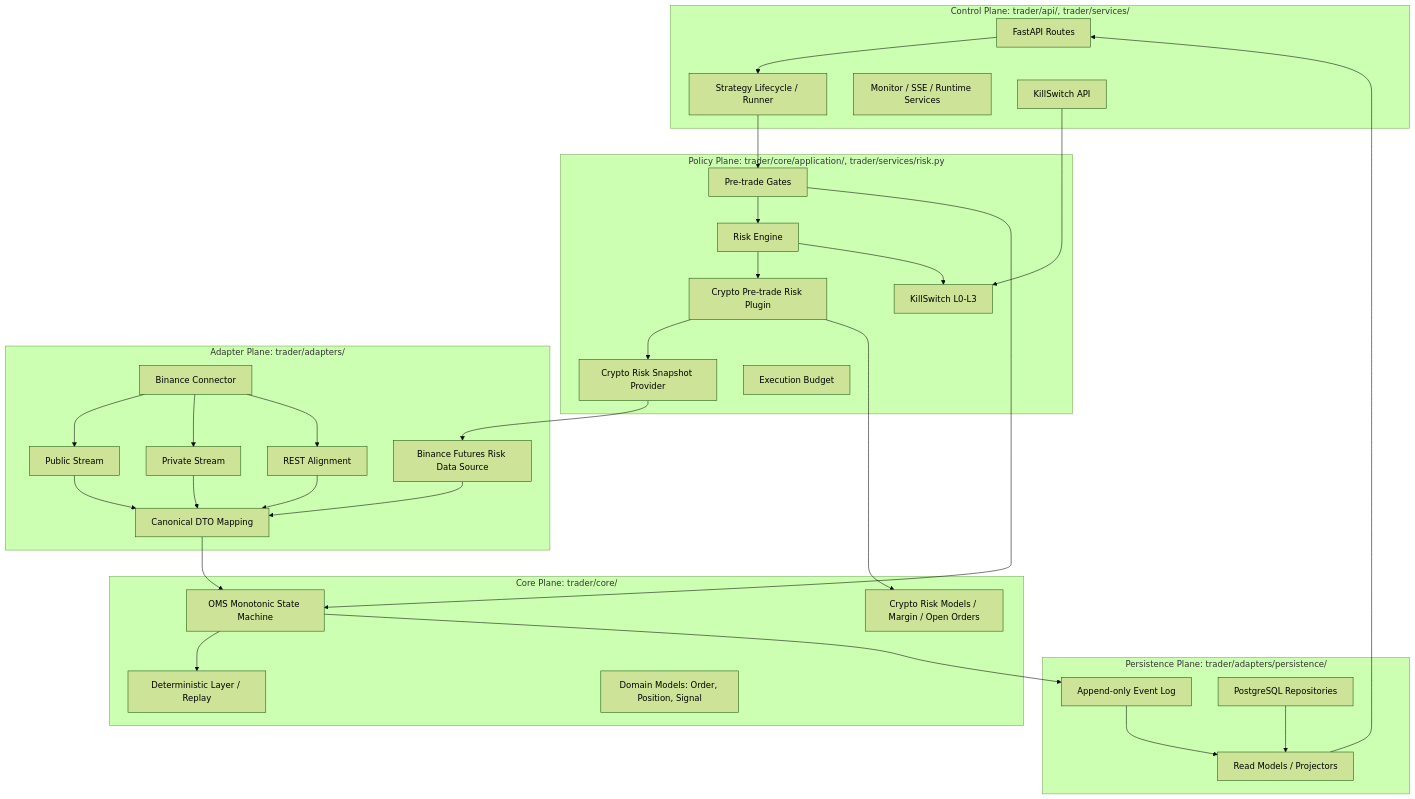
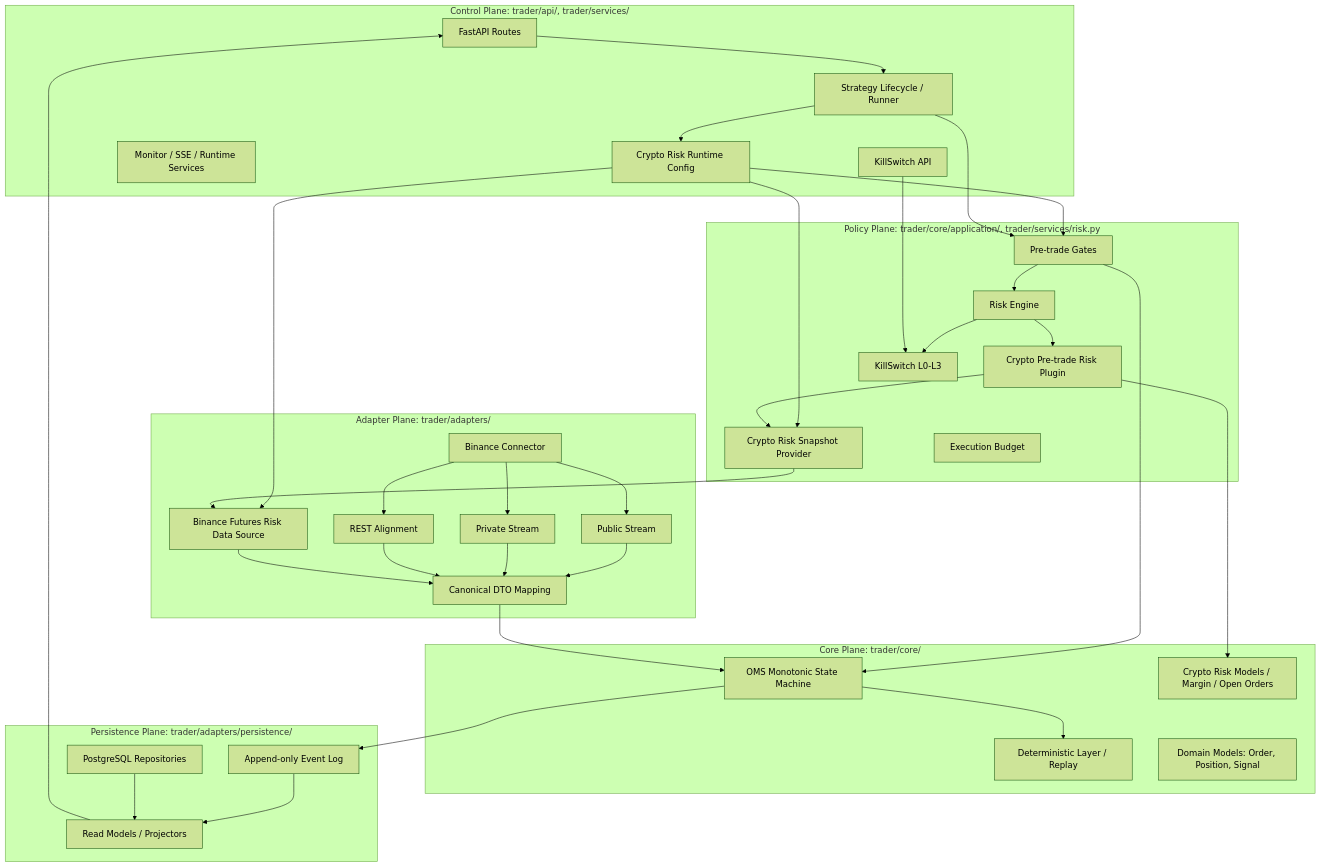
The first of 6 diagrams in docs/PROJECT_ARCHITECTURE.md (xiaomiaoalex/quant_trading_system), drawn with Mermaid (forest theme) before and after one commit. The commit also changed other lines of this file and 12 other files, not shown here.

Commit message:
feat(task-9.3): wire crypto risk runtime

````diff
--- a/docs/PROJECT_ARCHITECTURE.md
+++ b/docs/PROJECT_ARCHITECTURE.md
@@ -16,64 +16,69 @@
 ```mermaid
 flowchart TB
     subgraph Control["Control Plane: trader/api/, trader/services/"]
         API["FastAPI Routes"]
         Lifecycle["Strategy Lifecycle / Runner"]
+        CryptoRuntime["Crypto Risk Runtime Config"]
         Monitor["Monitor / SSE / Runtime Services"]
         KillAPI["KillSwitch API"]
     end
 
     subgraph Policy["Policy Plane: trader/core/application/, trader/services/risk.py"]
         Risk["Risk Engine"]
         Gate["Pre-trade Gates"]
         CryptoGate["Crypto Pre-trade Risk Plugin"]
         CryptoSnapshot["Crypto Risk Snapshot Provider"]
         Kill["KillSwitch L0-L3"]
         Budget["Execution Budget"]
     end
 
     subgraph Core["Core Plane: trader/core/"]
         OMS["OMS Monotonic State Machine"]
         Deterministic["Deterministic Layer / Replay"]
         Domain["Domain Models: Order, Position, Signal"]
         CryptoRisk["Crypto Risk Models / Margin / Open Orders"]
     end
 
     subgraph Adapter["Adapter Plane: trader/adapters/"]
         Binance["Binance Connector"]
         PublicWS["Public Stream"]
         PrivateWS["Private Stream"]
         RestAlign["REST Alignment"]
         Clean["Canonical DTO Mapping"]
         CryptoSource["Binance Futures Risk Data Source"]
     end
 
     subgraph Persistence["Persistence Plane: trader/adapters/persistence/"]
         EventLog["Append-only Event Log"]
         PG["PostgreSQL Repositories"]
         Projection["Read Models / Projectors"]
     end
 
     API --> Lifecycle
+    Lifecycle --> CryptoRuntime
+    CryptoRuntime --> Gate
+    CryptoRuntime --> CryptoSnapshot
+    CryptoRuntime --> CryptoSource
     Lifecycle --> Gate
     Gate --> Risk
     Risk --> CryptoGate
     CryptoGate --> CryptoSnapshot
     CryptoGate --> CryptoRisk
     CryptoSnapshot --> CryptoSource
     Risk --> Kill
     Gate --> OMS
     OMS --> Deterministic
     OMS --> EventLog
     EventLog --> Projection
     Projection --> API
     Binance --> PublicWS
     Binance --> PrivateWS
     Binance --> RestAlign
     PublicWS --> Clean
     PrivateWS --> Clean
     RestAlign --> Clean
     Clean --> OMS
     CryptoSource --> Clean
     PG --> Projection
     KillAPI --> Kill
 ```
````
